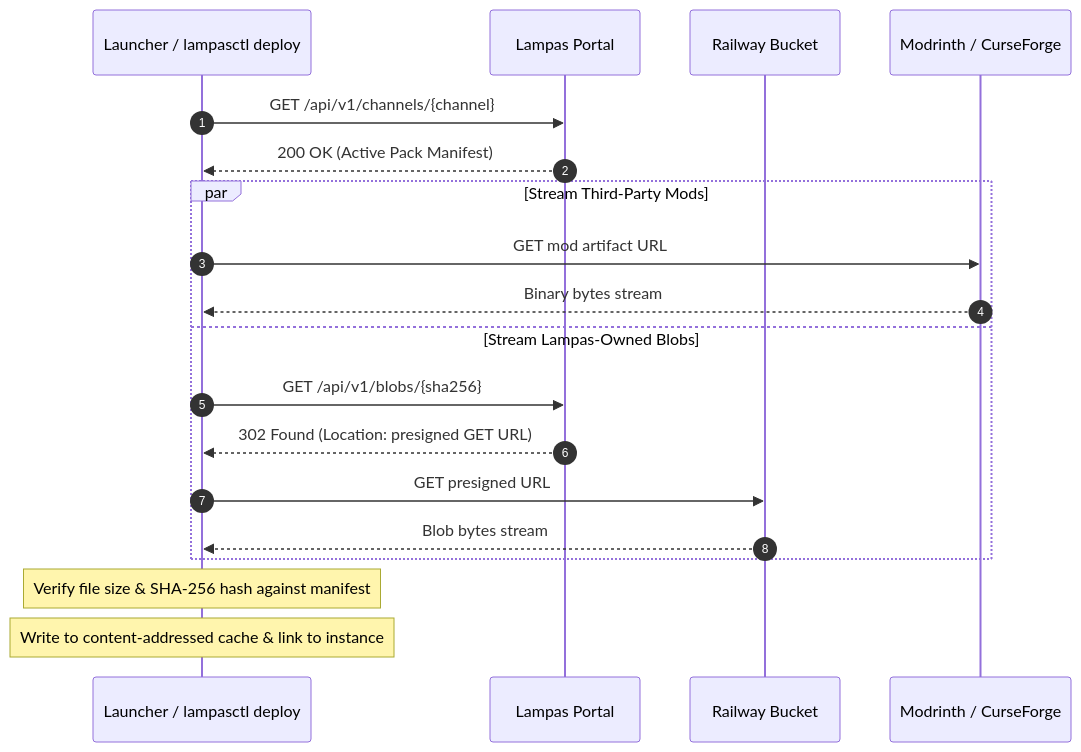
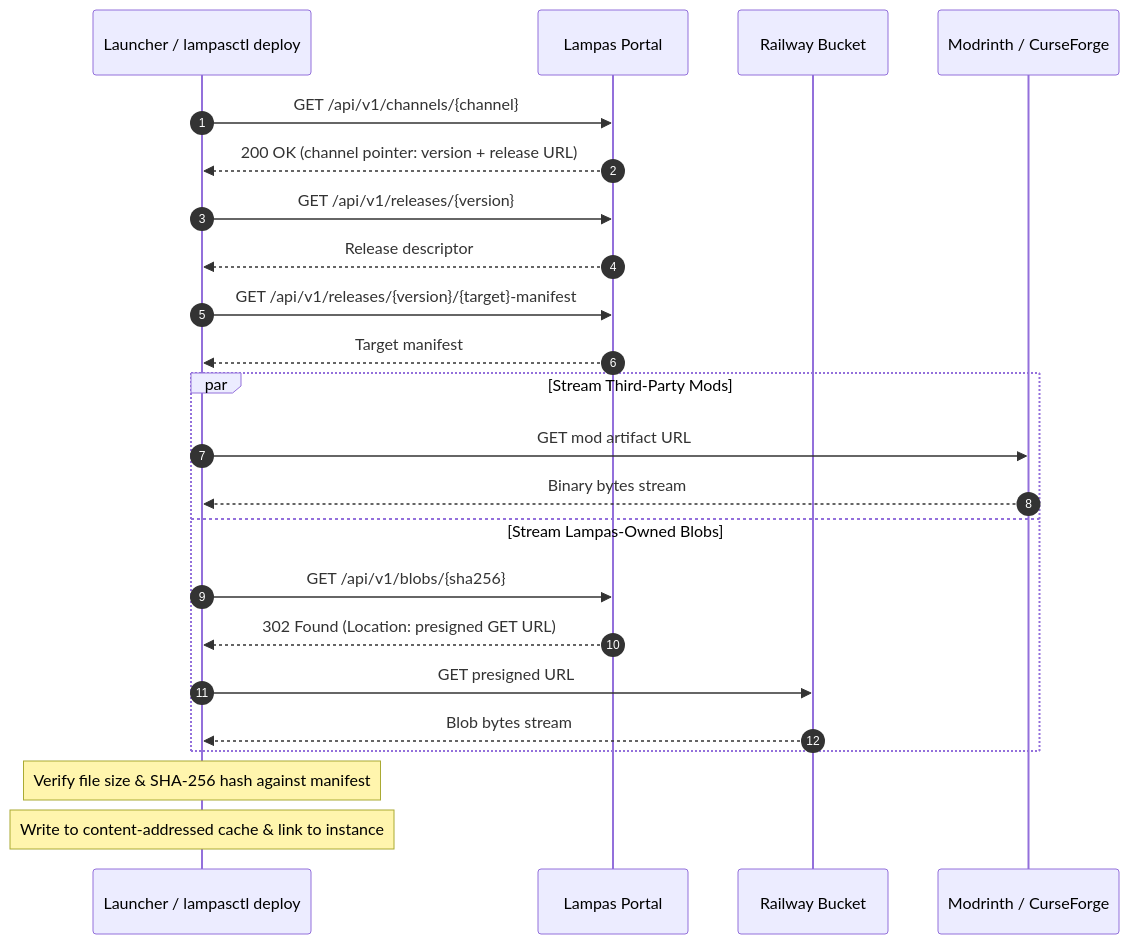
One commit to justbecauseph/lampas-pipeline changed the third of 5 diagrams in README.md. Above: the diagram before and after it, drawn with Mermaid. The commit also changed other lines of this file, not shown here.

````diff
--- a/README.md
+++ b/README.md
@@ -125,24 +125,28 @@
 ```mermaid
 sequenceDiagram
     autonumber
     participant Runtime as Launcher / lampasctl deploy
     participant Portal as Lampas Portal
     participant S3 as Railway Bucket
     participant Upstream as Modrinth / CurseForge
 
     Runtime->>Portal: GET /api/v1/channels/{channel}
-    Portal-->>Runtime: 200 OK (Active Pack Manifest)
+    Portal-->>Runtime: 200 OK (channel pointer: version + release URL)
+    Runtime->>Portal: GET /api/v1/releases/{version}
+    Portal-->>Runtime: Release descriptor
+    Runtime->>Portal: GET /api/v1/releases/{version}/{target}-manifest
+    Portal-->>Runtime: Target manifest
 
     par Stream Third-Party Mods
         Runtime->>Upstream: GET mod artifact URL
         Upstream-->>Runtime: Binary bytes stream
     and Stream Lampas-Owned Blobs
         Runtime->>Portal: GET /api/v1/blobs/{sha256}
         Portal-->>Runtime: 302 Found (Location: presigned GET URL)
         Runtime->>S3: GET presigned URL
         S3-->>Runtime: Blob bytes stream
     end
 
     Note over Runtime: Verify file size & SHA-256 hash against manifest
     Note over Runtime: Write to content-addressed cache & link to instance
 ```
````
